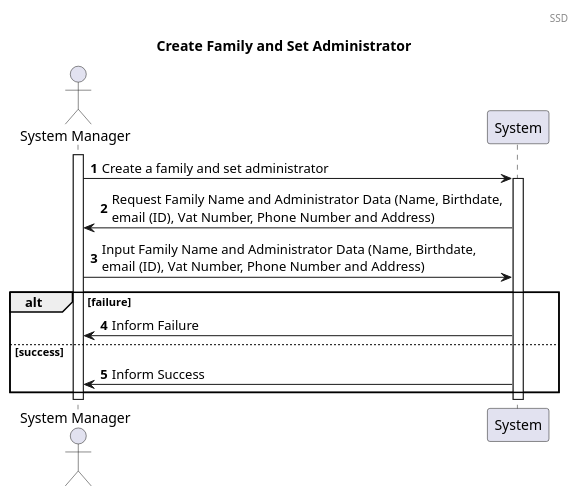
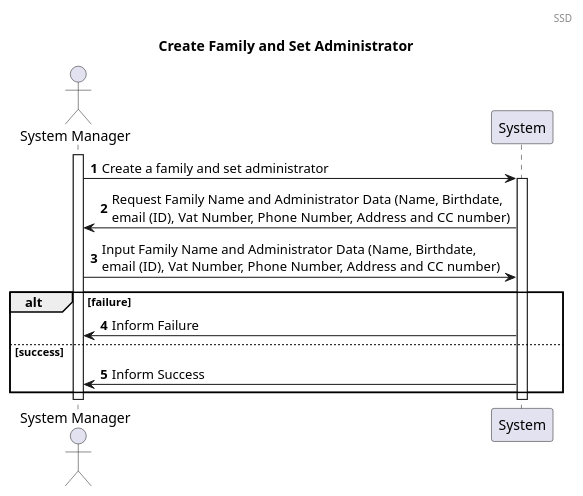
The first of 4 diagrams in docs/sprint3/user_stories/US010_CreateAFamilyAndSetAdministrator.md (tomas-osswald/switch_2020_g3), drawn with PlantUML before and after one commit. The commit also changed other lines of this file, not shown here.

Commit message:
Minor changes do documentation

````diff
--- a/docs/sprint3/user_stories/US010_CreateAFamilyAndSetAdministrator.md
+++ b/docs/sprint3/user_stories/US010_CreateAFamilyAndSetAdministrator.md
@@ -9,22 +9,22 @@
 ```plantuml
 @startuml
 
 header SSD
 title Create Family and Set Administrator
 autonumber
 actor "System Manager" as Actor
 participant "System" as System
 activate Actor
 Actor -> System : Create a family and set administrator
 activate System
-System -> Actor : Request Family Name and Administrator Data (Name, Birthdate, \nemail (ID), Vat Number, Phone Number and Address)  
-Actor -> System : Input Family Name and Administrator Data (Name, Birthdate, \nemail (ID), Vat Number, Phone Number and Address)
+System -> Actor : Request Family Name and Administrator Data (Name, Birthdate, \nemail (ID), Vat Number, Phone Number, Address and CC number)  
+Actor -> System : Input Family Name and Administrator Data (Name, Birthdate, \nemail (ID), Vat Number, Phone Number, Address and CC number)
 alt failure
 System -> Actor : Inform Failure
 else success 
 System -> Actor : Inform Success
 end
 deactivate System
 deactivate Actor
 @enduml
 ```
````
